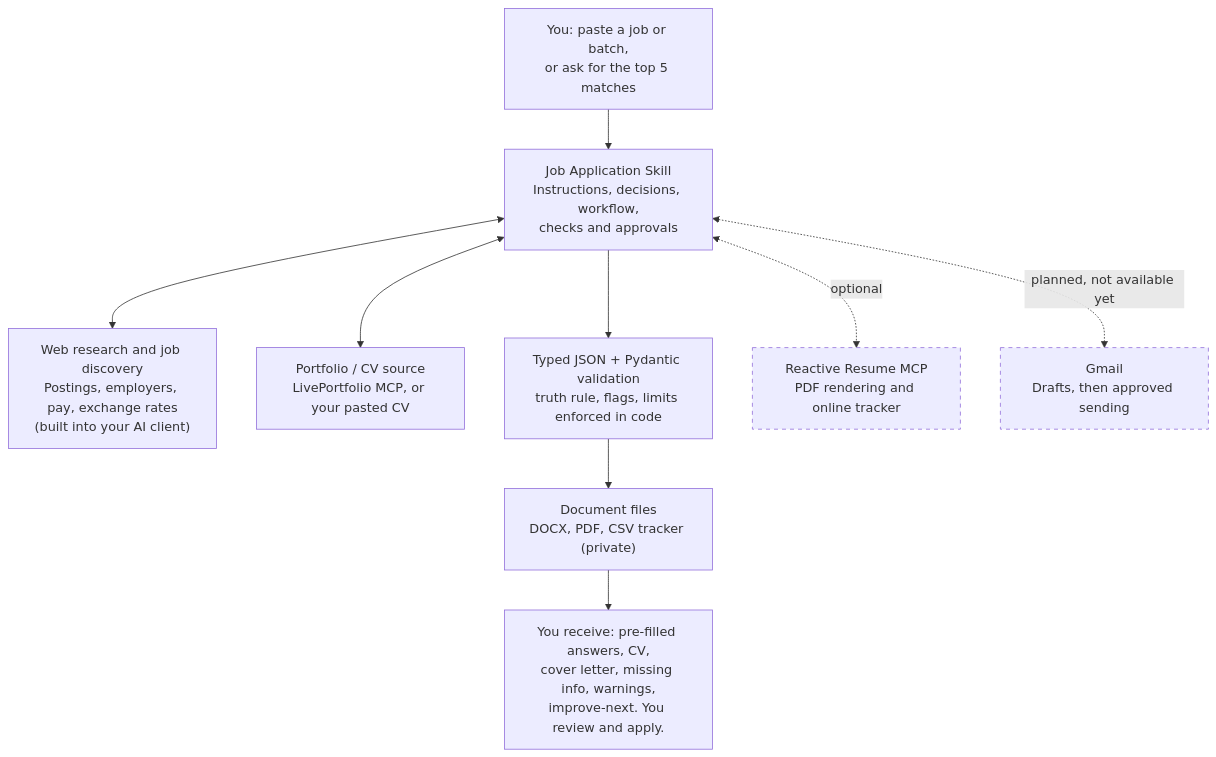
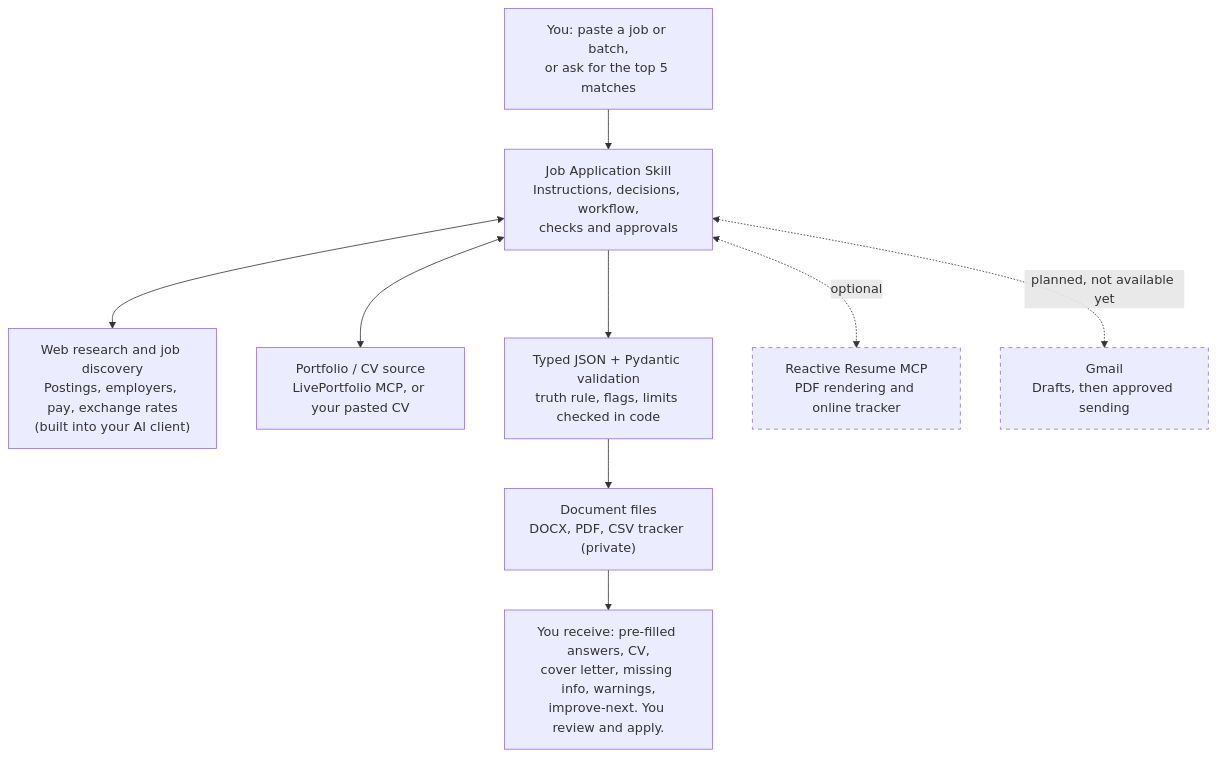
One commit to cliffordnwanna/agent-skills changed the diagram in skills/job-application-kit/docs/architecture.mmd. Above: the diagram before and after it, drawn with Mermaid.

Commit message:
job-application-kit: architecture source says 'checked in code', matching the README
The diagram source still said 'enforced in code', which the audit showed is too
strong (the truth-rule check is a heuristic). The rendered docs/architecture.png
still has the old wording and needs regenerating from this file.

```diff
--- a/skills/job-application-kit/docs/architecture.mmd
+++ b/skills/job-application-kit/docs/architecture.mmd
@@ -1,13 +1,13 @@
 flowchart TB
   U["You: paste a job or batch,<br/>or ask for the top 5 matches"]
   S["Job Application Skill<br/>Instructions, decisions, workflow,<br/>checks and approvals"]
   U --> S
   S <--> W["Web research and job discovery<br/>Postings, employers, pay, exchange rates<br/>(built into your AI client)"]
   S <--> P["Portfolio / CV source<br/>LivePortfolio MCP, or your pasted CV"]
-  S --> V["Typed JSON + Pydantic validation<br/>truth rule, flags, limits enforced in code"]
+  S --> V["Typed JSON + Pydantic validation<br/>truth rule, flags, limits checked in code"]
   V --> F["Document files<br/>DOCX, PDF, CSV tracker (private)"]
   S <-.optional.-> R["Reactive Resume MCP<br/>PDF rendering and online tracker"]
   S <-.planned, not available yet.-> G["Gmail<br/>Drafts, then approved sending"]
   F --> O["You receive: pre-filled answers, CV,<br/>cover letter, missing info, warnings,<br/>improve-next. You review and apply."]
   classDef opt stroke-dasharray: 5 5
   class R,G opt
```
